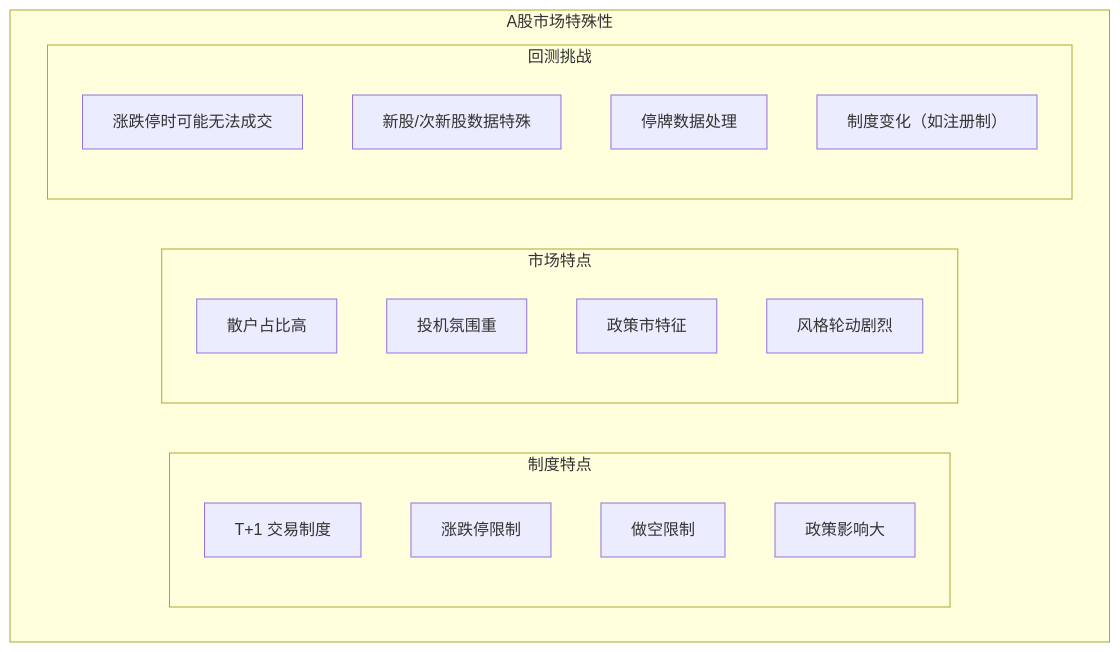
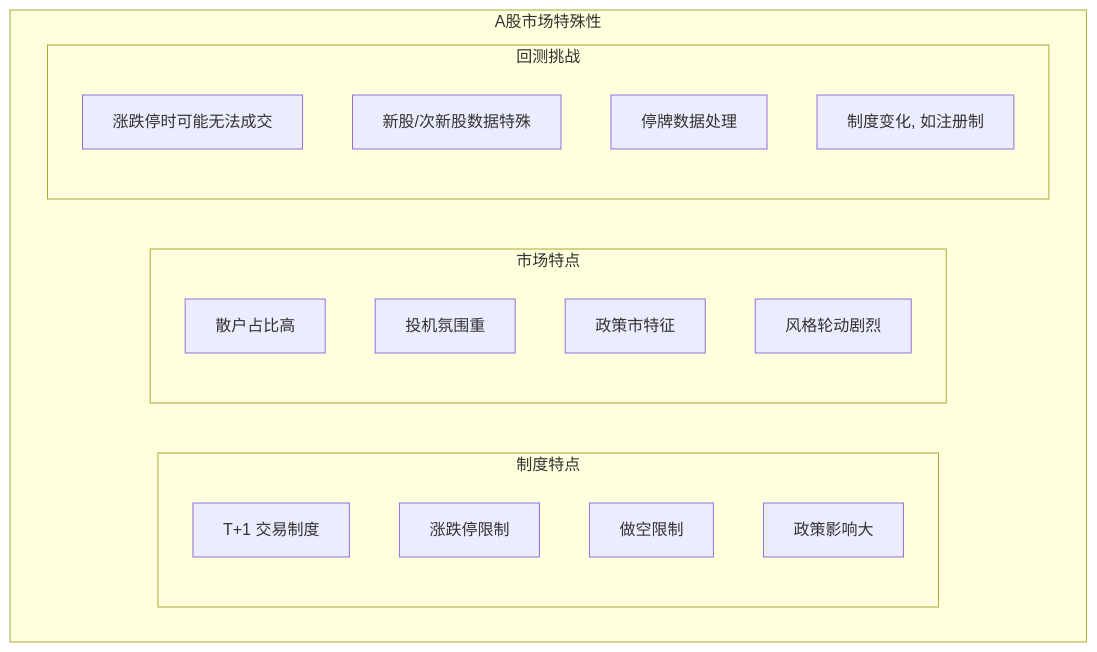
The ninth of 13 diagrams in content/articles/quant/quant-03-中国大陆量化交易接口与数据.md (jpixy/jpixy.github.io), drawn with Mermaid before and after one commit. The commit also changed other lines of this file and 66 other files, not shown here.

Commit message:
fix: resolve Mermaid syntax errors by removing parentheses in node labels

````diff
--- a/content/articles/quant/quant-03-中国大陆量化交易接口与数据.md
+++ b/content/articles/quant/quant-03-中国大陆量化交易接口与数据.md
@@ -356,23 +356,23 @@
 ```mermaid
 graph TB
     subgraph A股特殊性["A股市场特殊性"]
         subgraph 制度特点
             Z1["T+1 交易制度"]
             Z2["涨跌停限制"]
             Z3["做空限制"]
             Z4["政策影响大"]
         end
         subgraph 市场特点
             S1["散户占比高"]
             S2["投机氛围重"]
             S3["政策市特征"]
             S4["风格轮动剧烈"]
         end
         subgraph 回测挑战
             H1["涨跌停时可能无法成交"]
             H2["新股/次新股数据特殊"]
             H3["停牌数据处理"]
-            H4["制度变化（如注册制）"]
+            H4["制度变化, 如注册制"]
         end
     end
 ```
````
